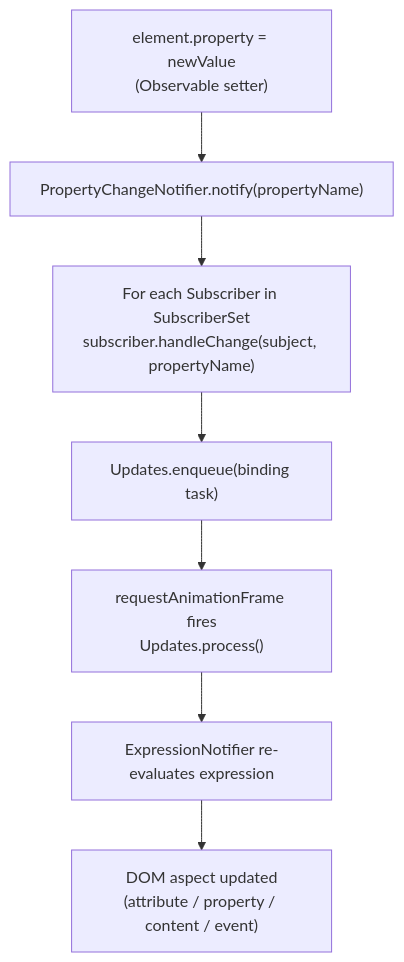
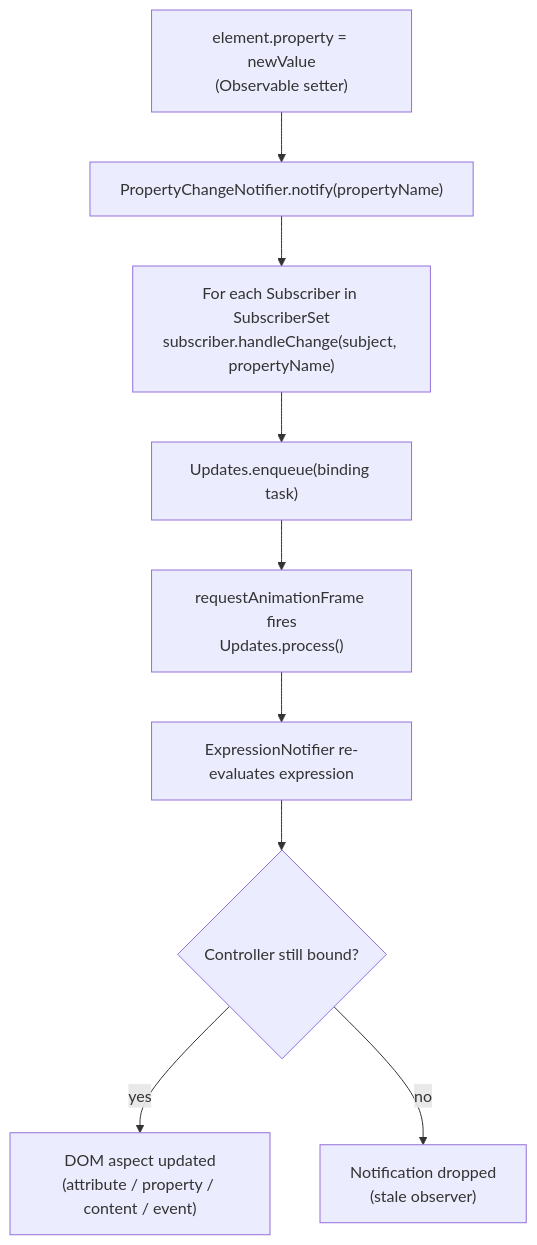
One commit to microsoft/fast changed the fourth of 4 diagrams in packages/fast-element/DESIGN.md. Above: the diagram before and after it, drawn with Mermaid. The commit also changed other lines of this file and 5 other files, not shown here.

First line of the commit message:
fix: guard binding updates against stale notifications after view unbind

````diff
--- a/packages/fast-element/DESIGN.md
+++ b/packages/fast-element/DESIGN.md
@@ -359,17 +359,19 @@
 ```mermaid
 flowchart TD
     SET["element.property = newValue\n(Observable setter)"]
     NOTIFY["PropertyChangeNotifier.notify(propertyName)"]
     SUBS["For each Subscriber in SubscriberSet\nsubscriber.handleChange(subject, propertyName)"]
     ENQ["Updates.enqueue(binding task)"]
     RAF["requestAnimationFrame fires\nUpdates.process()"]
     EVAL["ExpressionNotifier re-evaluates expression"]
     DOM["DOM aspect updated\n(attribute / property / content / event)"]
 
     SET --> NOTIFY
     NOTIFY --> SUBS
     SUBS --> ENQ
     ENQ --> RAF
     RAF --> EVAL
-    EVAL --> DOM
+    EVAL --> GUARD{"Controller still bound?"}
+    GUARD -->|yes| DOM
+    GUARD -->|no| DROP["Notification dropped\n(stale observer)"]
 ```
````
